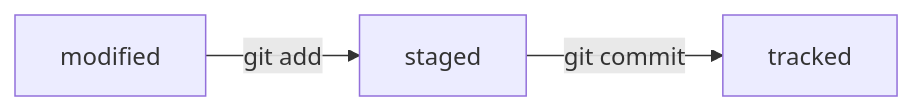
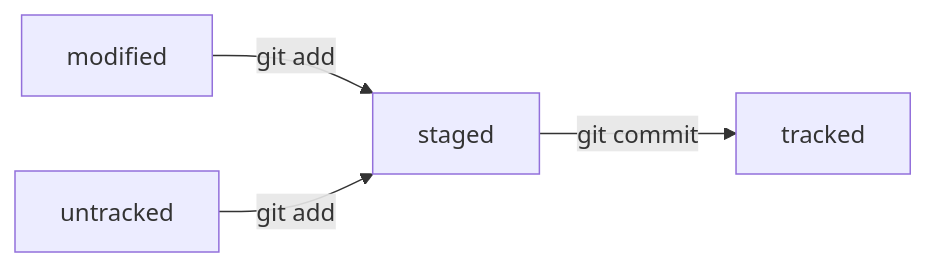
Before and after one commit to Halavyryn/shpargalkaGit: the diagram in readme.md, drawn with Mermaid.

Commit message:
Изменил блок-схему6

````diff
--- a/readme.md
+++ b/readme.md
@@ -8,5 +8,5 @@
 ```mermaid
 	graph LR;
 	modified -- "git add" --> staged -- "git commit" --> tracked;
-
+	untracked -- "git add" --> staged;
 ```
````
